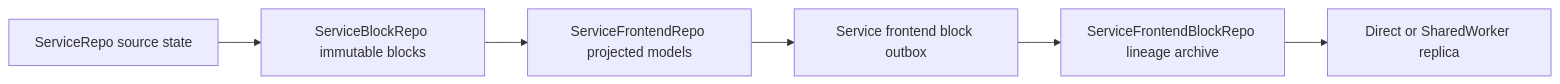
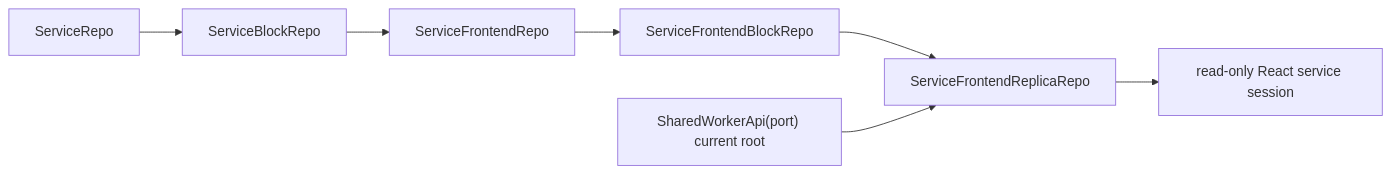
Before and after one commit to morgs32/qrk.sh: the second of 2 diagrams in wiki/architecture/ServiceFrontendProjection.md, drawn with Mermaid. The commit also changed other lines of this file and 1357 other files, not shown here.

````diff
--- a/wiki/architecture/ServiceFrontendProjection.md
+++ b/wiki/architecture/ServiceFrontendProjection.md
@@ -71,8 +133,9 @@
 ```mermaid
 flowchart LR
-  Service["ServiceRepo source state"] --> Blocks["ServiceBlockRepo immutable blocks"]
-  Blocks --> Projection["ServiceFrontendRepo projected models"]
-  Projection --> Outbox["Service frontend block outbox"]
-  Outbox --> Archive["ServiceFrontendBlockRepo lineage archive"]
-  Archive --> Browser["Direct or SharedWorker replica"]
+  Service["ServiceRepo"] --> Blocks["ServiceBlockRepo"]
+  Blocks --> Projection["ServiceFrontendRepo"]
+  Projection --> Archive["ServiceFrontendBlockRepo"]
+  Archive --> Replica["ServiceFrontendReplicaRepo"]
+  Port["SharedWorkerApi(port) current root"] --> Replica
+  Replica --> Session["read-only React service session"]
 ```
````
